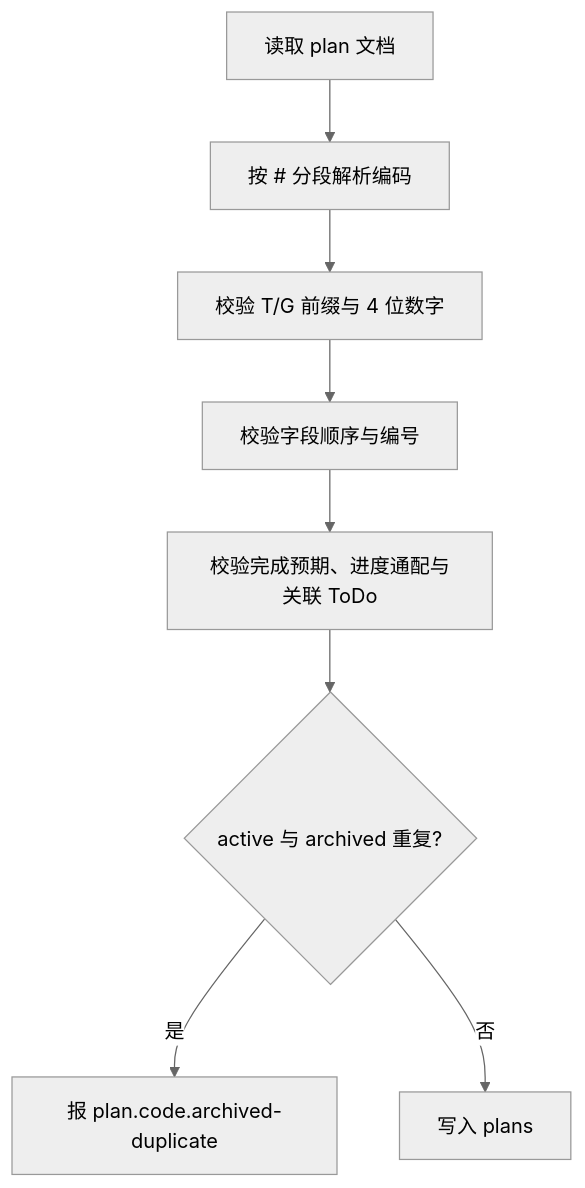
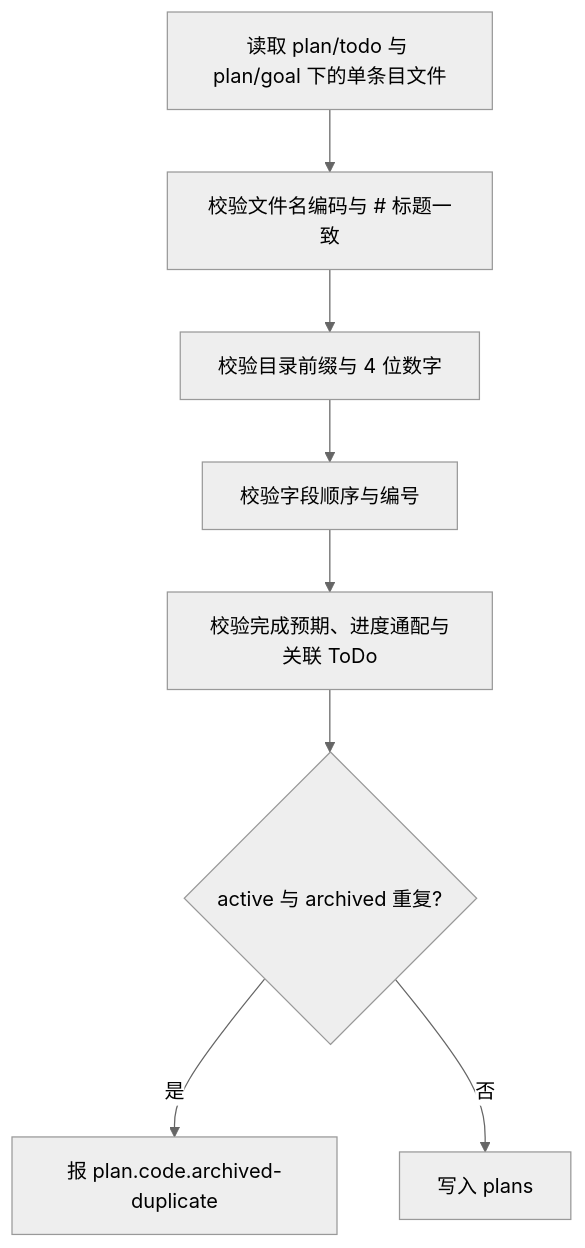
The fourth of 14 diagrams in .coder/design/flow.md (Cangjier/coder), drawn with Mermaid (neutral theme) before and after one commit. The commit also changed other lines of this file and 32 other files, not shown here.

````diff
--- a/.coder/design/flow.md
+++ b/.coder/design/flow.md
@@ -43,10 +43,10 @@
 ```mermaid
 flowchart TD
-  A[读取 plan 文档] --> B[按 # 分段解析编码]
-  B --> C[校验 T/G 前缀与 4 位数字]
+  A[读取 plan/todo 与 plan/goal 下的单条目文件] --> B[校验文件名编码与 # 标题一致]
+  B --> C[校验目录前缀与 4 位数字]
   C --> D[校验字段顺序与编号]
   D --> E[校验完成预期、进度通配与关联 ToDo]
   E --> F{active 与 archived 重复?}
   F -- 是 --> G[报 plan.code.archived-duplicate]
   F -- 否 --> H[写入 plans]
 ```
````
